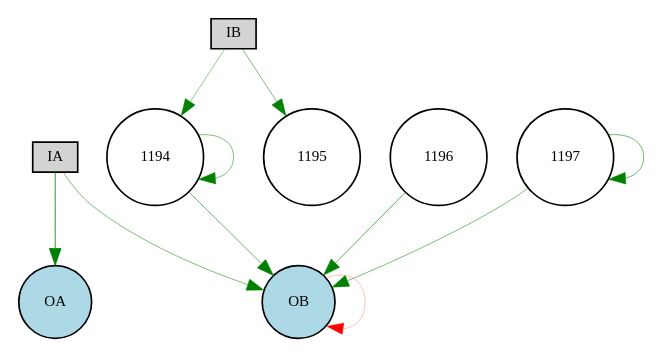
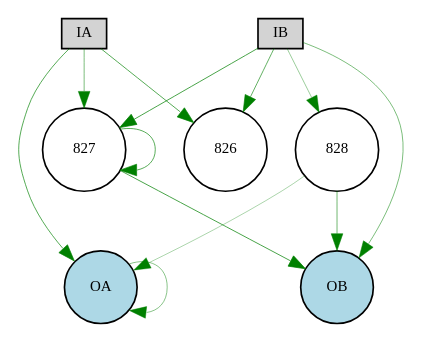
The diagram in source/discrete_experiment/Digraph.gv (danxan/neuromorphic-evolution), drawn with Graphviz before and after one commit. The commit also changed 6 other files, not shown here.

```diff
--- a/source/discrete_experiment/Digraph.gv
+++ b/source/discrete_experiment/Digraph.gv
@@ -1,20 +1,21 @@
 digraph {
 	node [fontsize=9 height=0.2 shape=circle width=0.2]
 	IA [fillcolor=lightgray shape=box style=filled]
 	IB [fillcolor=lightgray shape=box style=filled]
 	OA [fillcolor=lightblue style=filled]
 	OB [fillcolor=lightblue style=filled]
-	1194 [fillcolor=white style=filled]
-	1196 [fillcolor=white style=filled]
-	1197 [fillcolor=white style=filled]
-	IB -> 1194 [color=green penwidth=0.2535876324969758 style=solid]
-	IB -> 1195 [color=green penwidth=0.3136160475618647 style=solid]
-	1194 -> OB [color=green penwidth=0.3483869399384545 style=solid]
-	1196 -> OB [color=green penwidth=0.38348656052506924 style=solid]
-	1197 -> OB [color=green penwidth=0.31243325090759344 style=solid]
-	IA -> OA [color=green penwidth=0.48653395836374735 style=solid]
-	IA -> OB [color=green penwidth=0.3088726059345618 style=solid]
-	OB -> OB [color=red penwidth=0.15279132524054867 style=solid]
-	1194 -> 1194 [color=green penwidth=0.2990636607241315 style=solid]
-	1197 -> 1197 [color=green penwidth=0.33757848799748863 style=solid]
+	827 [fillcolor=white style=filled]
+	828 [fillcolor=white style=filled]
+	IA -> 826 [color=green penwidth=0.40444448449542925 style=solid]
+	IA -> 827 [color=green penwidth=0.3092000185044729 style=solid]
+	IB -> 826 [color=green penwidth=0.3694720716177866 style=solid]
+	IB -> 827 [color=green penwidth=0.43144241904648806 style=solid]
+	IB -> 828 [color=green penwidth=0.23734183774826692 style=solid]
+	827 -> OB [color=green penwidth=0.4300378934824579 style=solid]
+	828 -> OA [color=green penwidth=0.20094257710302701 style=solid]
+	828 -> OB [color=green penwidth=0.33812216426021924 style=solid]
+	IA -> OA [color=green penwidth=0.40418380891784433 style=solid]
+	IB -> OB [color=green penwidth=0.3069996630650434 style=solid]
+	OA -> OA [color=green penwidth=0.2781918345707862 style=solid]
+	827 -> 827 [color=green penwidth=0.39457447696391645 style=solid]
 }
```
